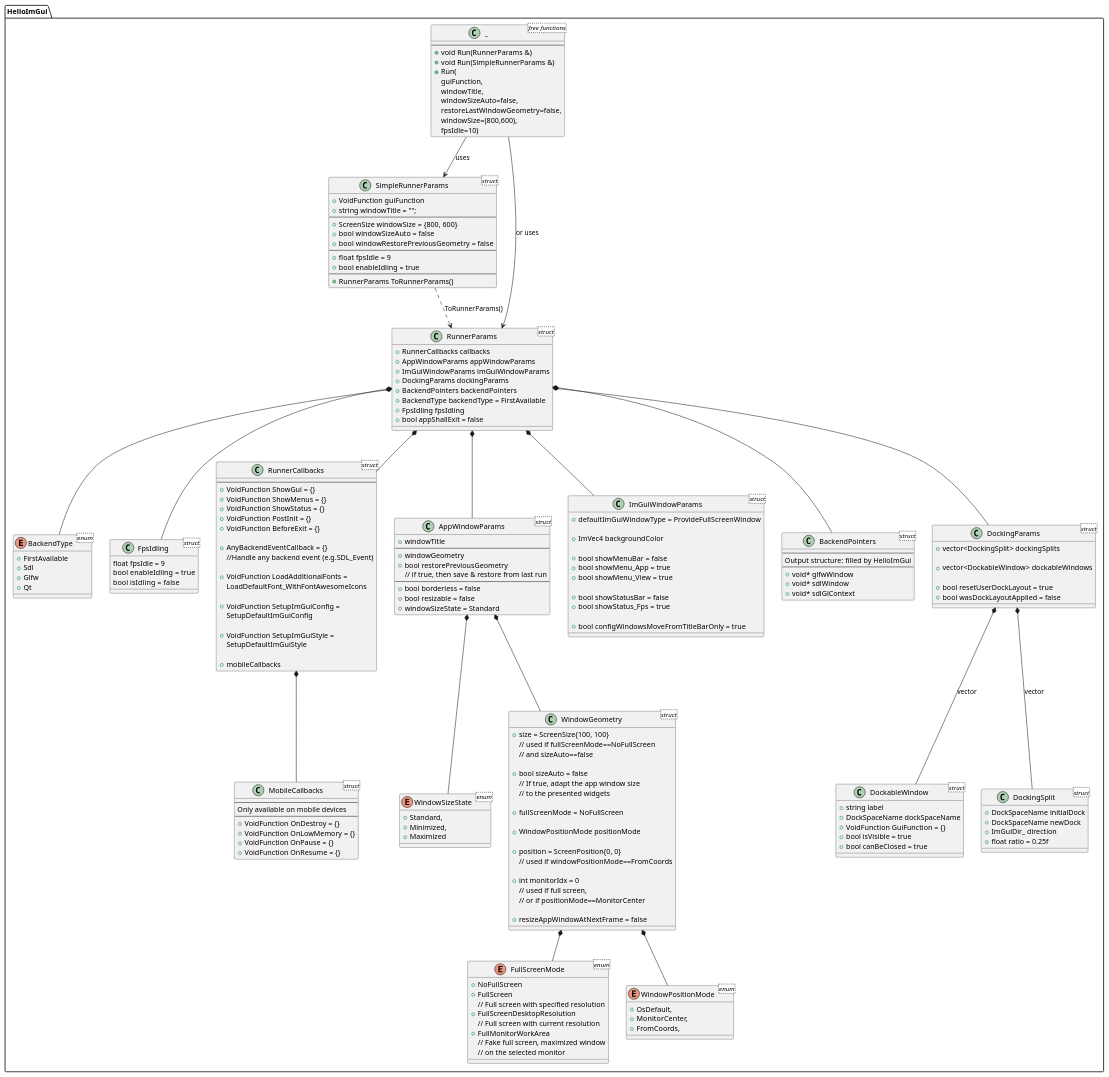
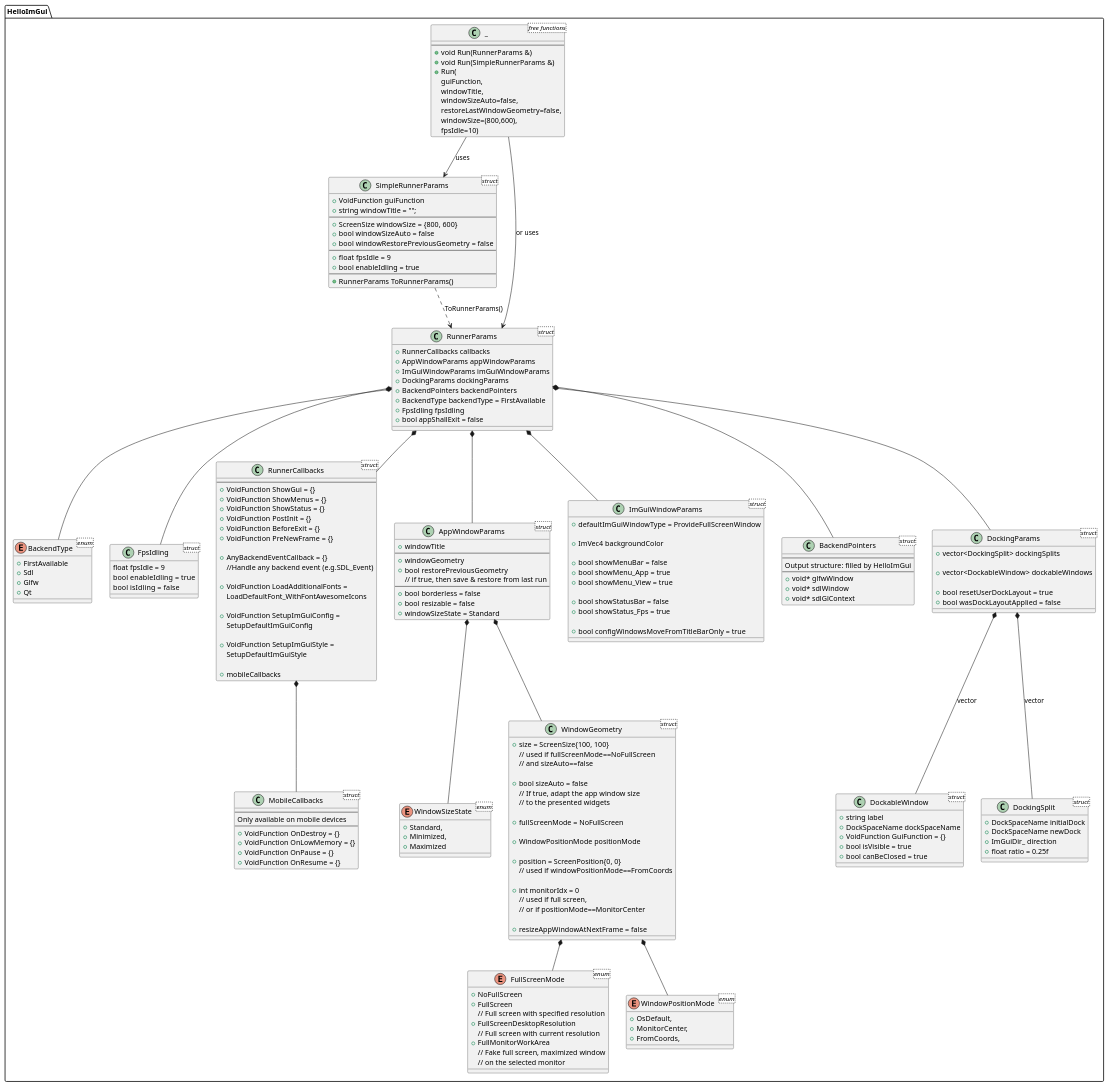
Before and after one commit to pthom/hello_imgui: the diagram in src/hello_imgui/doc_src/hello_imgui_diagram.puml, drawn with PlantUML. The commit also changed 4 other files, not shown here.

Commit message:
Add callback PreNewFrame

```diff
--- a/src/hello_imgui/doc_src/hello_imgui_diagram.puml
+++ b/src/hello_imgui/doc_src/hello_imgui_diagram.puml
@@ -65,6 +65,7 @@
     + VoidFunction ShowStatus = {}
     + VoidFunction PostInit = {}
     + VoidFunction BeforeExit = {}
+    + VoidFunction PreNewFrame = {}
 
     + AnyBackendEventCallback = {}
     //Handle any backend event (e.g.SDL_Event)
```
